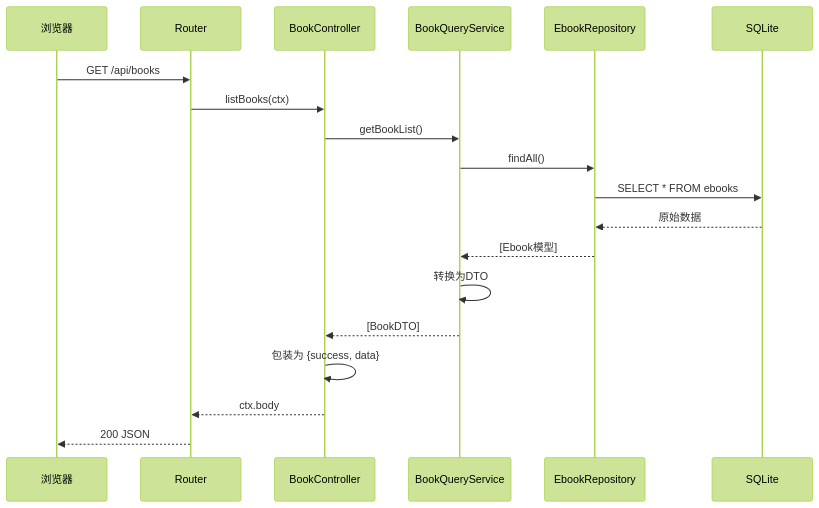
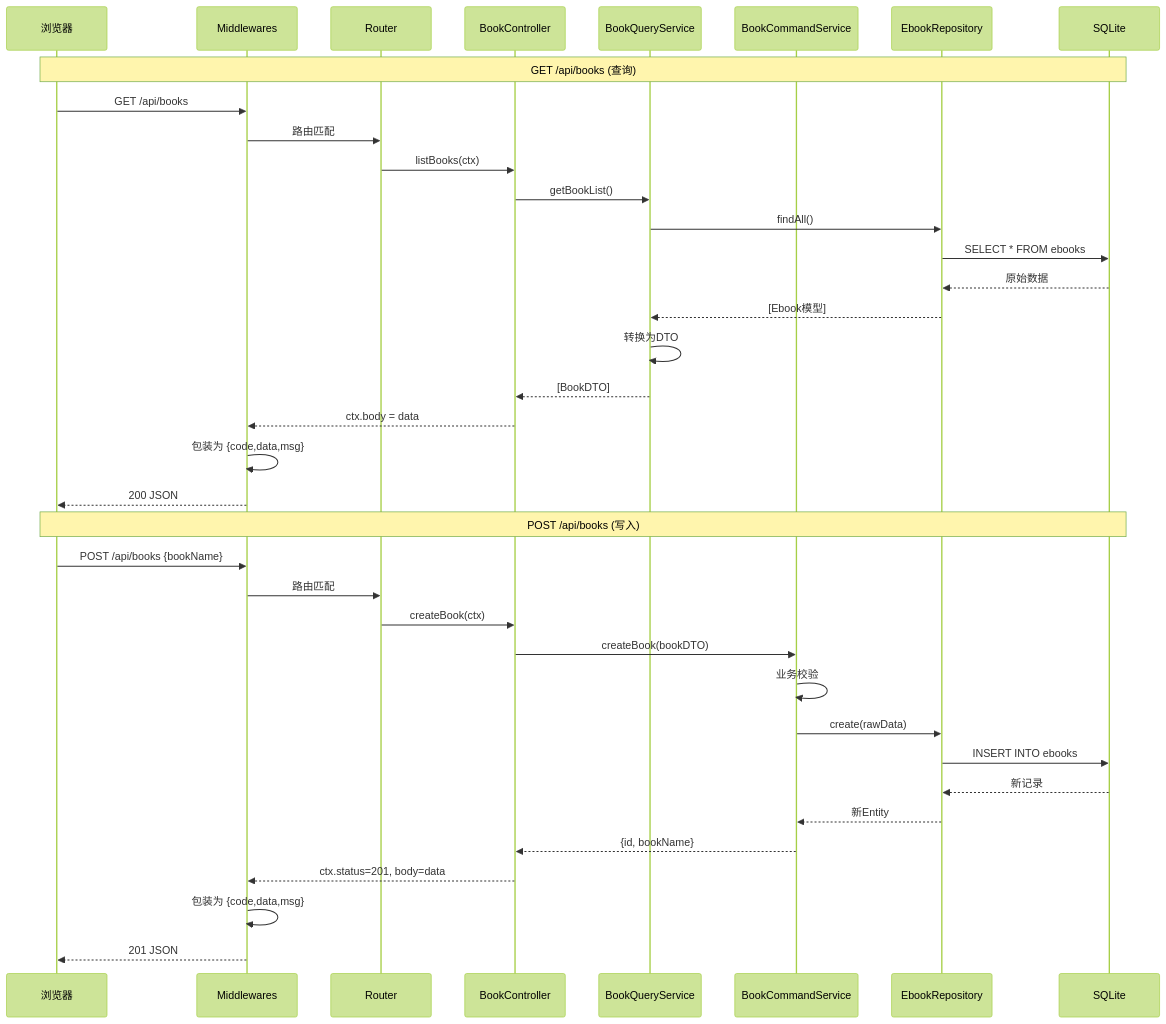
The diagram in docs/sequence-diagram.mmd (EbookWorkshop/Api-v4), drawn with Mermaid (forest theme) before and after one commit. The commit also changed 54 other files, not shown here.

```diff
--- a/docs/sequence-diagram.mmd
+++ b/docs/sequence-diagram.mmd
@@ -1,20 +1,39 @@
 sequenceDiagram
     participant Client as 浏览器
+    participant MW as Middlewares
     participant Router as Router
     participant Controller as BookController
-    participant Service as BookQueryService
+    participant Query as BookQueryService
+    participant Command as BookCommandService
     participant Repo as EbookRepository
     participant DB as SQLite
 
-    Client->>Router: GET /api/books
+    Note over Client,DB: GET /api/books (查询)
+    Client->>MW: GET /api/books
+    MW->>Router: 路由匹配
     Router->>Controller: listBooks(ctx)
-    Controller->>Service: getBookList()
-    Service->>Repo: findAll()
+    Controller->>Query: getBookList()
+    Query->>Repo: findAll()
     Repo->>DB: SELECT * FROM ebooks
     DB-->>Repo: 原始数据
-    Repo-->>Service: [Ebook模型]
-    Service->>Service: 转换为DTO
-    Service-->>Controller: [BookDTO]
-    Controller->>Controller: 包装为 {success, data}
-    Controller-->>Router: ctx.body
-    Router-->>Client: 200 JSON
+    Repo-->>Query: [Ebook模型]
+    Query->>Query: 转换为DTO
+    Query-->>Controller: [BookDTO]
+    Controller-->>MW: ctx.body = data
+    MW->>MW: 包装为 {code,data,msg}
+    MW-->>Client: 200 JSON
+
+    Note over Client,DB: POST /api/books (写入)
+    Client->>MW: POST /api/books {bookName}
+    MW->>Router: 路由匹配
+    Router->>Controller: createBook(ctx)
+    Controller->>Command: createBook(bookDTO)
+    Command->>Command: 业务校验
+    Command->>Repo: create(rawData)
+    Repo->>DB: INSERT INTO ebooks
+    DB-->>Repo: 新记录
+    Repo-->>Command: 新Entity
+    Command-->>Controller: {id, bookName}
+    Controller-->>MW: ctx.status=201, body=data
+    MW->>MW: 包装为 {code,data,msg}
+    MW-->>Client: 201 JSON
```
